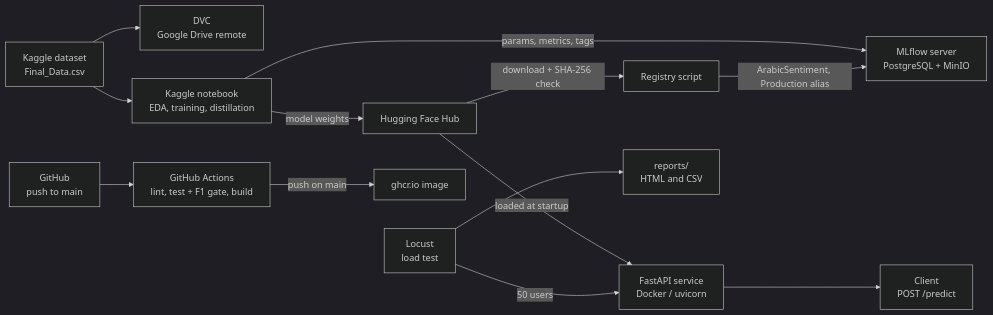
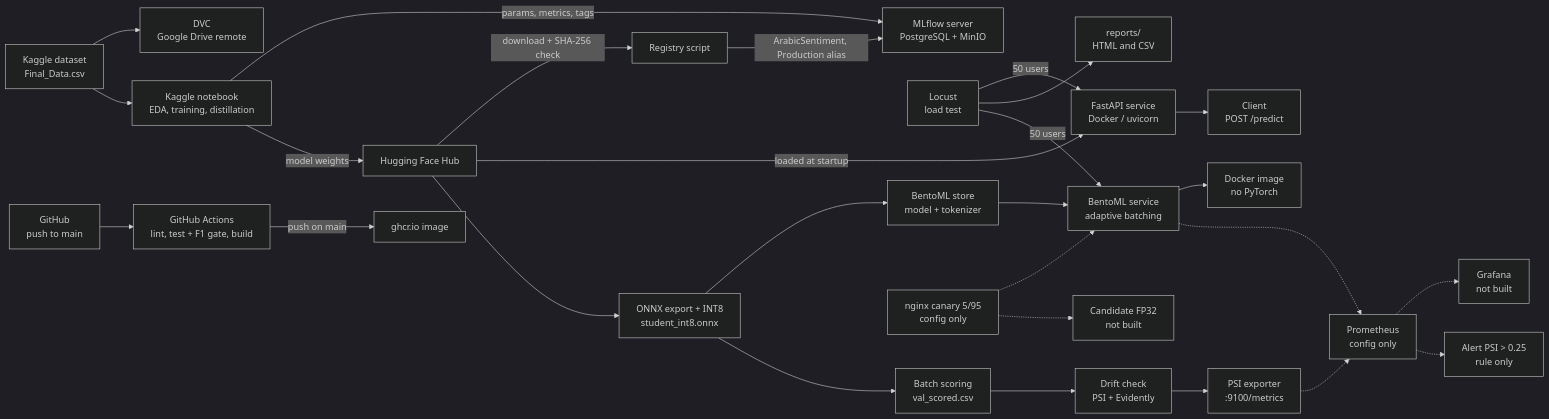
One commit to doaa450/Sentiment-Analysis-MLOps changed the diagram in README.md. Above: the diagram before and after it, drawn with Mermaid (dark theme). The commit also changed other lines of this file, not shown here.

First line of the commit message:
Update architecture diagram and project tree for phases 13 to 17

````diff
--- a/README.md
+++ b/README.md
@@ -98,15 +98,29 @@
 ```mermaid
 flowchart LR
     DS["Kaggle dataset<br/>Final_Data.csv"] --> DVC["DVC<br/>Google Drive remote"]
     DS --> NB["Kaggle notebook<br/>EDA, training, distillation"]
     NB -->|"params, metrics, tags"| ML["MLflow server<br/>PostgreSQL + MinIO"]
     NB -->|"model weights"| HF["Hugging Face Hub"]
     HF -->|"download + SHA-256 check"| RG["Registry script"]
     RG -->|"ArabicSentiment, Production alias"| ML
     HF -->|"loaded at startup"| API["FastAPI service<br/>Docker / uvicorn"]
     API --> CL["Client<br/>POST /predict"]
     LC["Locust<br/>load test"] -->|"50 users"| API
     LC --> RP["reports/<br/>HTML and CSV"]
     GH["GitHub<br/>push to main"] --> CI["GitHub Actions<br/>lint, test + F1 gate, build"]
     CI -->|"push on main"| GR["ghcr.io image"]
+    HF --> OX["ONNX export + INT8<br/>student_int8.onnx"]
+    OX --> BS["BentoML store<br/>model + tokenizer"]
+    BS --> BT["BentoML service<br/>adaptive batching"]
+    LC -->|"50 users"| BT
+    BT --> BC["Docker image<br/>no PyTorch"]
+    OX --> BA["Batch scoring<br/>val_scored.csv"]
+    BA --> DR["Drift check<br/>PSI + Evidently"]
+    DR --> PX["PSI exporter<br/>:9100/metrics"]
+    NG["nginx canary 5/95<br/>config only"] -.-> BT
+    NG -.-> CD["Candidate FP32<br/>not built"]
+    BT -.-> PR["Prometheus<br/>config only"]
+    PX -.-> PR
+    PR -.-> GF["Grafana<br/>not built"]
+    PR -.-> AL["Alert PSI > 0.25<br/>rule only"]
 ```
````
